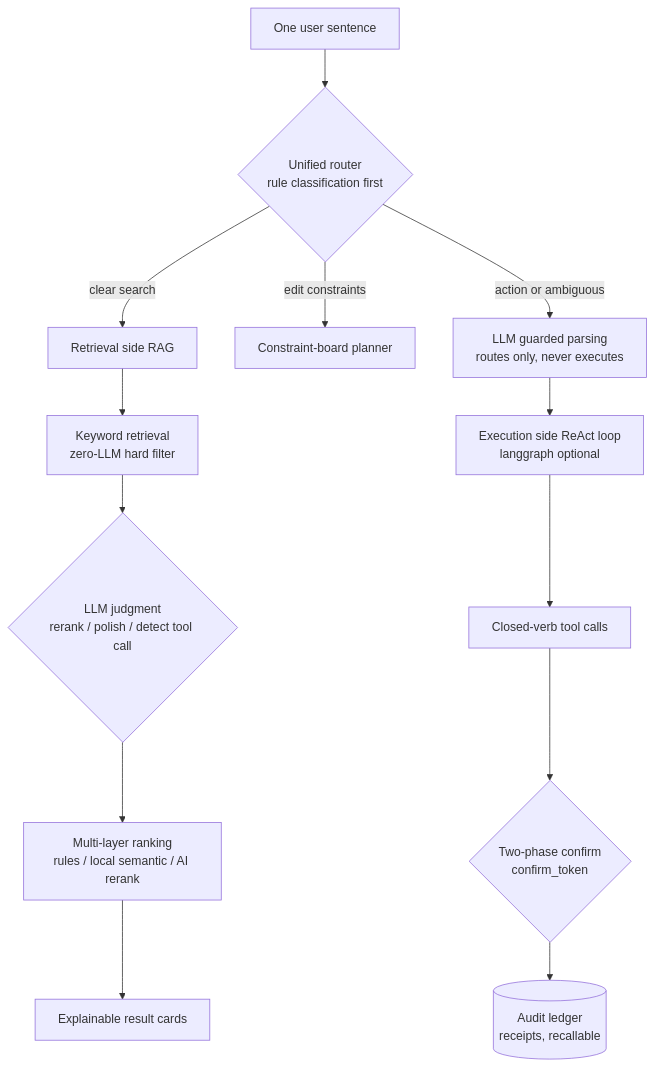
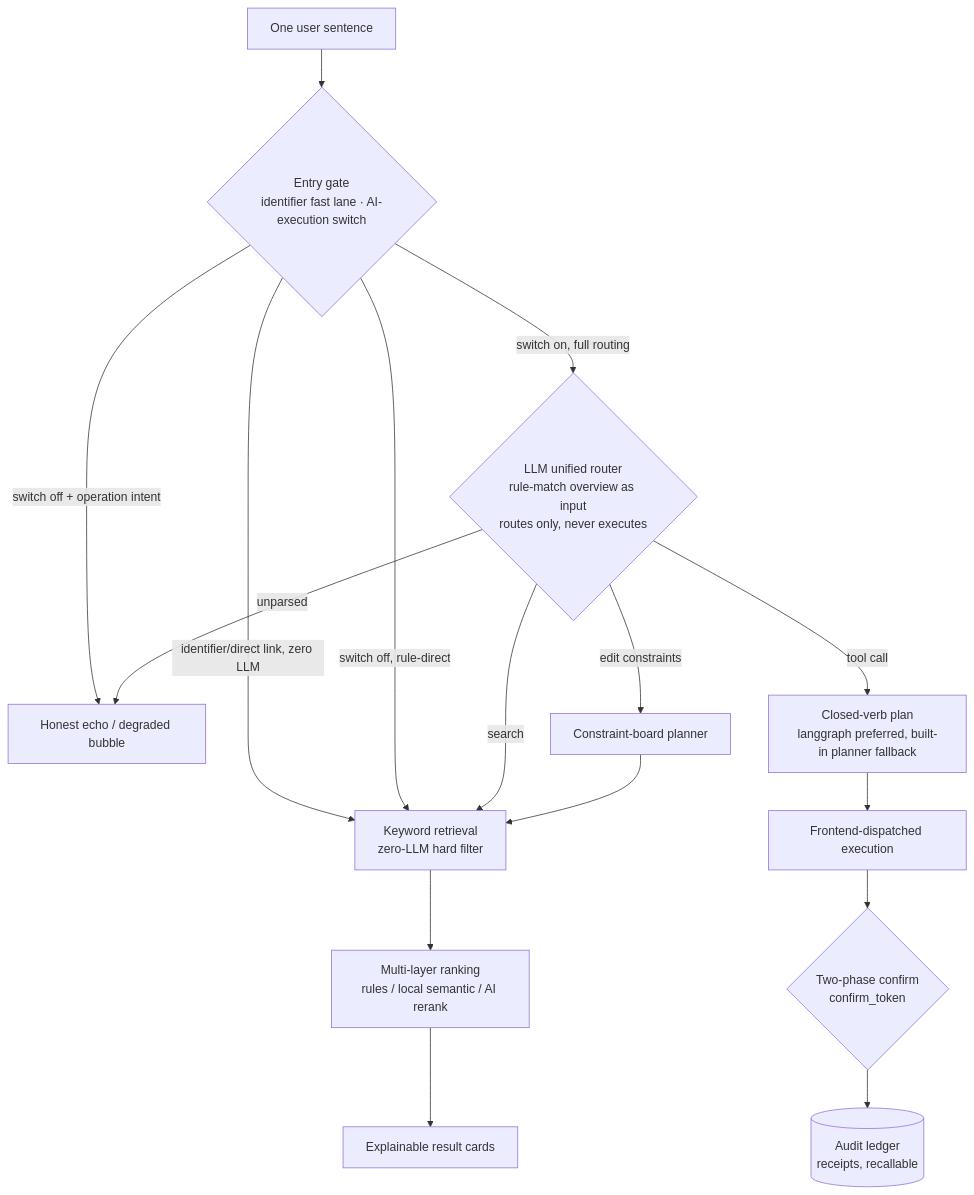
Before and after one commit to hty8870/biodata-agent: the diagram in README_EN.md, drawn with Mermaid. The commit also changed other lines of this file and 3 other files, not shown here.

Commit message:
sync: align with upstream — README 架构图对齐现行统一路由 + LTR 合成脚本 v2 补派生 (#21)

````diff
--- a/README_EN.md
+++ b/README_EN.md
@@ -72,15 +72,18 @@
 ```mermaid
 flowchart TD
-    Q[One user sentence] --> R{Unified router<br/>rule classification first}
-    R -->|clear search| S[Retrieval side RAG]
-    R -->|edit constraints| P[Constraint-board planner]
-    R -->|action or ambiguous| G[LLM guarded parsing<br/>routes only, never executes]
-    S --> K[Keyword retrieval<br/>zero-LLM hard filter]
-    K --> J{LLM judgment<br/>rerank / polish / detect tool call}
-    J --> F[Multi-layer ranking<br/>rules / local semantic / AI rerank]
+    Q[One user sentence] --> G{Entry gate<br/>identifier fast lane · AI-execution switch}
+    G -->|identifier/direct link, zero LLM| K[Keyword retrieval<br/>zero-LLM hard filter]
+    G -->|switch off, rule-direct| K
+    G -->|switch off + operation intent| N[Honest echo / degraded bubble]
+    G -->|switch on, full routing| R{LLM unified router<br/>rule-match overview as input<br/>routes only, never executes}
+    R -->|search| K
+    R -->|edit constraints| B[Constraint-board planner]
+    B --> K
+    R -->|tool call| P[Closed-verb plan<br/>langgraph preferred, built-in planner fallback]
+    R -->|unparsed| N
+    K --> F[Multi-layer ranking<br/>rules / local semantic / AI rerank]
     F --> C[Explainable result cards]
-    G --> A[Execution side ReAct loop<br/>langgraph optional]
-    A --> T[Closed-verb tool calls]
+    P --> T[Frontend-dispatched execution]
     T --> CF{Two-phase confirm<br/>confirm_token}
     CF --> L[(Audit ledger<br/>receipts, recallable)]
 ```
````
